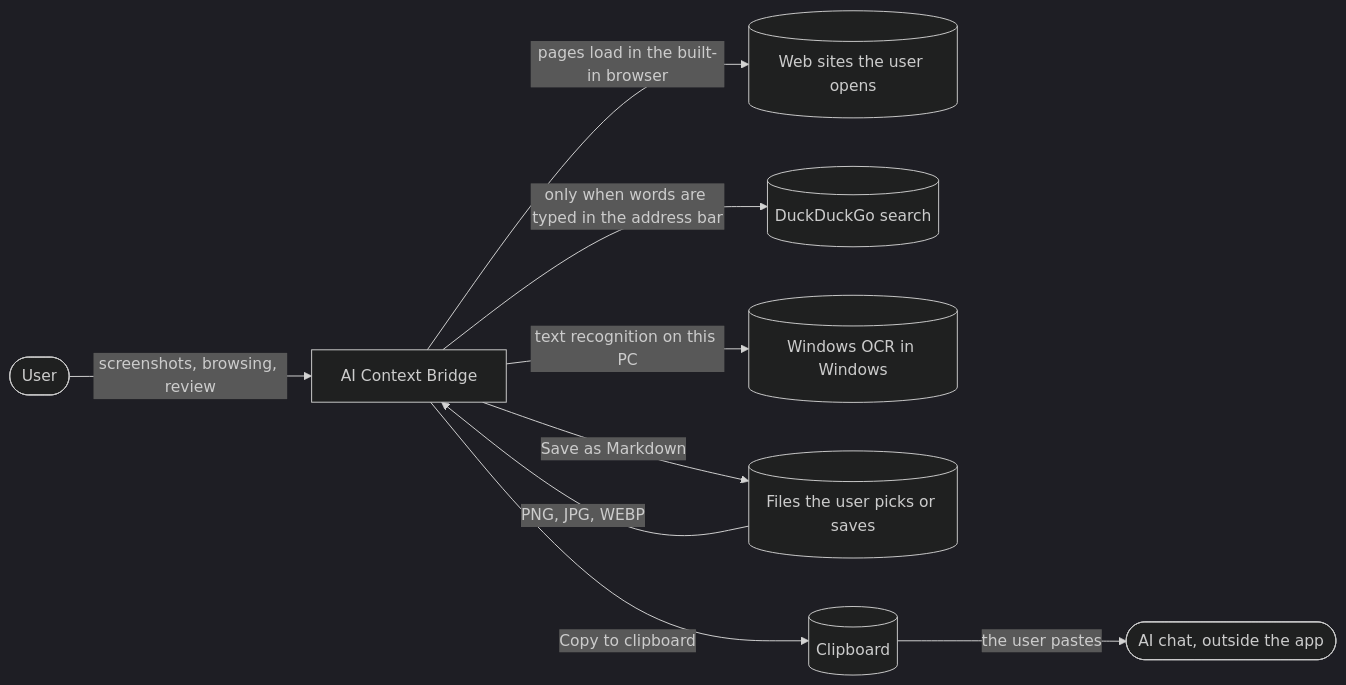
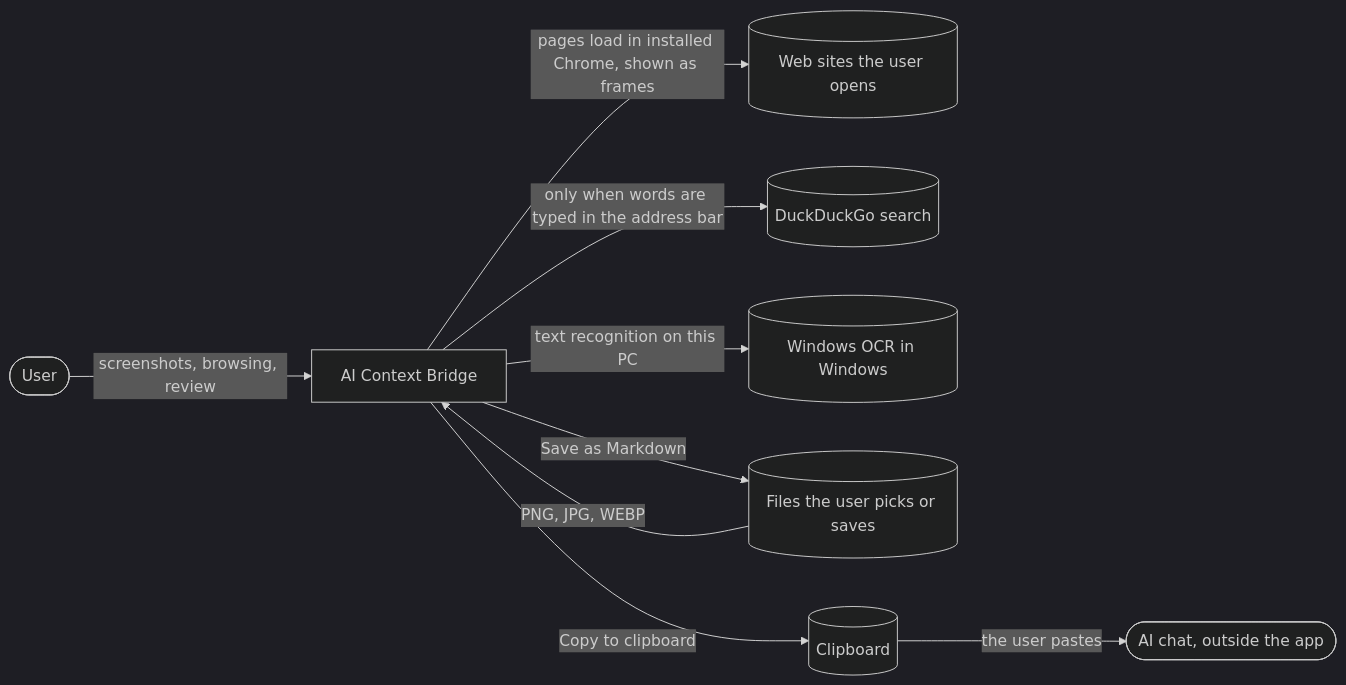
The first of 3 diagrams in docs/ARCHITECTURE.md (Avneet-singh-rainu/ai-context-bridge), drawn with Mermaid (dark theme) before and after one commit. The commit also changed other lines of this file and 28 other files, not shown here.

First line of the commit message:
feat(browser): run pages in installed Chrome over CDP (#14)

````diff
--- a/docs/ARCHITECTURE.md
+++ b/docs/ARCHITECTURE.md
@@ -46,20 +48,20 @@
 ```mermaid
 flowchart LR
   user([User])
   app[AI Context Bridge]
   web[(Web sites the user opens)]
   ddg[(DuckDuckGo search)]
   ocr[(Windows OCR in Windows)]
   files[(Files the user picks or saves)]
   clip[(Clipboard)]
   chat([AI chat, outside the app])
 
   user -->|screenshots, browsing, review| app
-  app -->|pages load in the built-in browser| web
+  app -->|pages load in installed Chrome, shown as frames| web
   app -->|only when words are typed in the address bar| ddg
   app -->|text recognition on this PC| ocr
   files -->|PNG, JPG, WEBP| app
   app -->|Save as Markdown| files
   app -->|Copy to clipboard| clip
   clip -->|the user pastes| chat
 ```
````
